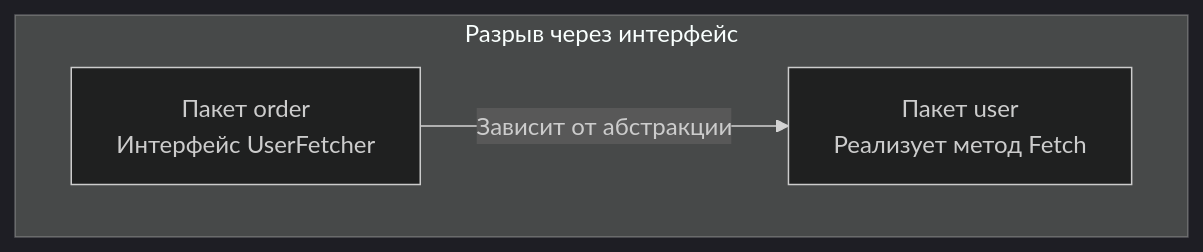
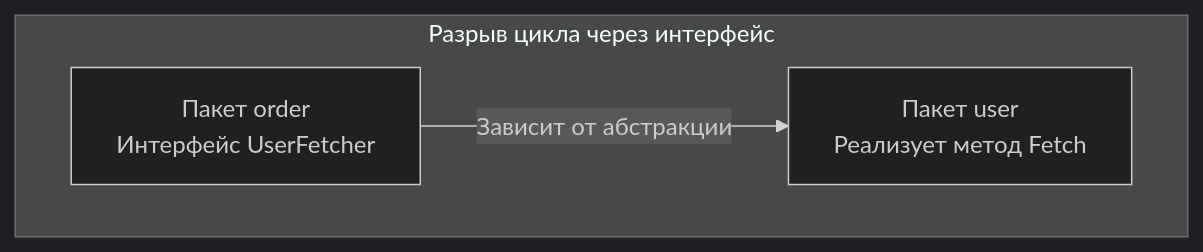
Before and after one commit to UnrealTemplier/go-textbook: the third of 3 diagrams in sources/5. Учебник по Go (Основы и синтаксис)/26. Пакеты и организация кода.md, drawn with Mermaid (dark theme). The commit also changed other lines of this file, not shown here.

````diff
--- a/sources/5. Учебник по Go (Основы и синтаксис)/26. Пакеты и организация кода.md
+++ b/sources/5. Учебник по Go (Основы и синтаксис)/26. Пакеты и организация кода.md
@@ -106,6 +134,6 @@
 ```mermaid
 flowchart TD
-    subgraph Solution ["Разрыв через интерфейс"]
-        O["Пакет order<br>Интерфейс UserFetcher"] -->|"Зависит от абстракции"| U["Пакет user<br>Реализует метод Fetch"]
+    subgraph Solution ["Разрыв цикла через интерфейс"]
+        O["Пакет order<br/>Интерфейс UserFetcher"] -->|"Зависит от абстракции"| U["Пакет user<br/>Реализует метод Fetch"]
     end
 ```
````
